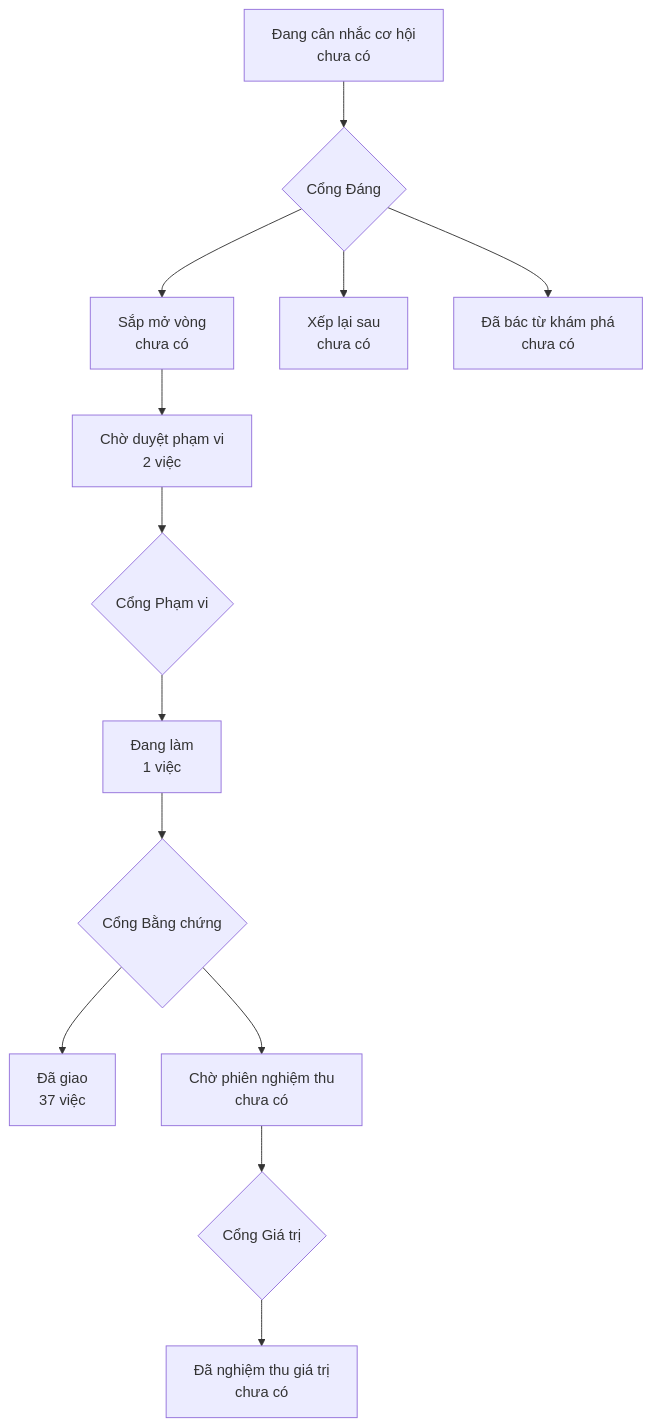
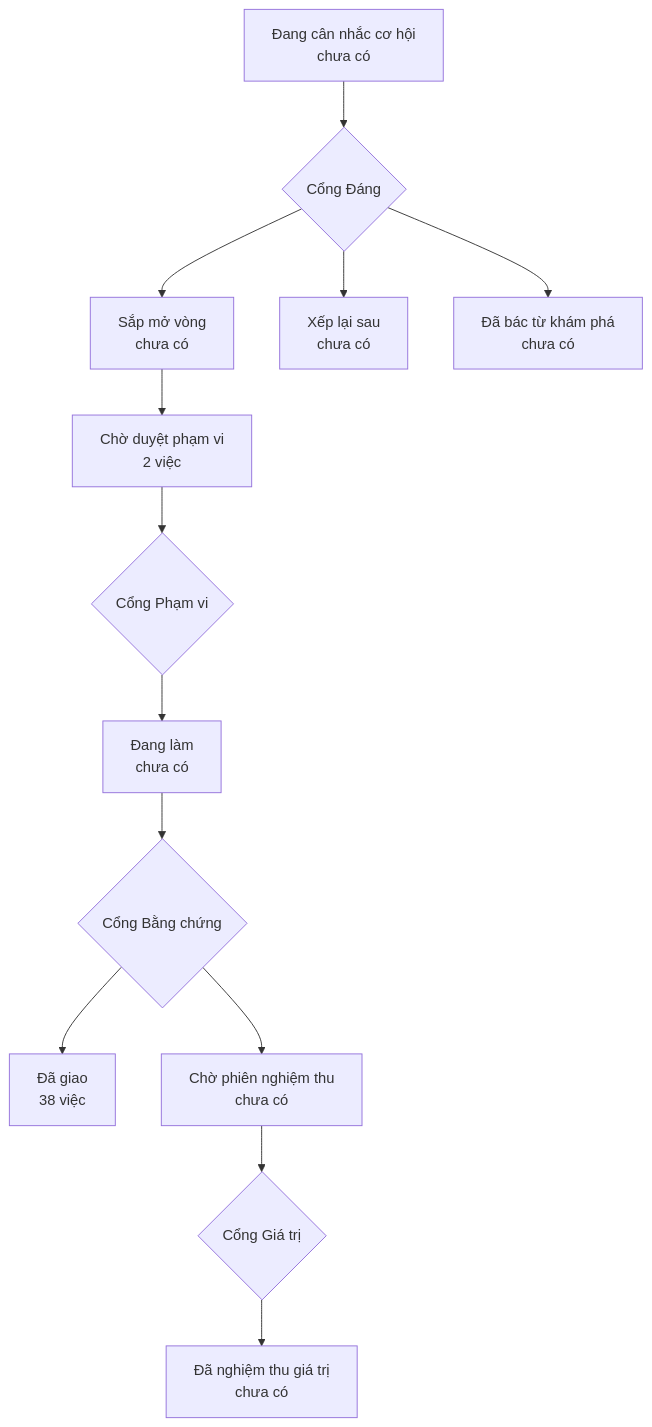
Before and after one commit to phanlemanh/acceptance-gate-kit: the diagram in PRODUCT-MAP.md, drawn with Mermaid. The commit also changed other lines of this file and 2 other files, not shown here.

Commit message:
Gate 2 signoff: cat-hinh-thuc — Manh Phan
Owner đọc SIGNATURE-OWNER-CLAUSE ("Ổn") và ra lệnh ký — lối (b) của chính điều
khoản ấy: agent commit ĐÚNG các dòng người-sở-hữu, không hơn một dòng.

Ba dòng: evidence-report verdict PENDING-JUDGMENT -> PASS + human_signoff;
contract status approved -> signed-off. Kèm PRODUCT-MAP.md vẽ lại sau khi ghi
trường cổng (repo bật miễn trừ t1 cho bản đồ — ADR 0007).

Danh tính suy theo bậc thang GATE-ONESHOT-GRAMMAR: câu người gõ không nêu tên;
"git config user.name" = "Claude" — đó là danh tính MÁY, nấc ấy BỎ QUA vì dùng
nó là ký tên máy vào chữ ký người; giá trị lấy từ signoff.approvers (đúng một
tên, khớp owner của hợp đồng và approved_by ở Cổng 1). Ngày = ngày lệnh chạy.

Claude-Session: https://claude.ai/code/session_01EGnJNBjaDaajBXoLQVx7Tq

````diff
--- a/PRODUCT-MAP.md
+++ b/PRODUCT-MAP.md
@@ -6,12 +6,12 @@
 ```mermaid
 flowchart TD
   A["Đang cân nhắc cơ hội<br/>chưa có"] --> GD{"Cổng Đáng"}
   GD --> B["Sắp mở vòng<br/>chưa có"]
   GD --> XL["Xếp lại sau<br/>chưa có"]
   GD --> DB["Đã bác từ khám phá<br/>chưa có"]
   B --> CD["Chờ duyệt phạm vi<br/>2 việc"] --> GP{"Cổng Phạm vi"}
-  GP --> DL["Đang làm<br/>1 việc"] --> GB{"Cổng Bằng chứng"}
-  GB --> DG["Đã giao<br/>37 việc"]
+  GP --> DL["Đang làm<br/>chưa có"] --> GB{"Cổng Bằng chứng"}
+  GB --> DG["Đã giao<br/>38 việc"]
   GB --> CN["Chờ phiên nghiệm thu<br/>chưa có"] --> GG{"Cổng Giá trị"}
   GG --> NT["Đã nghiệm thu giá trị<br/>chưa có"]
 ```
````
